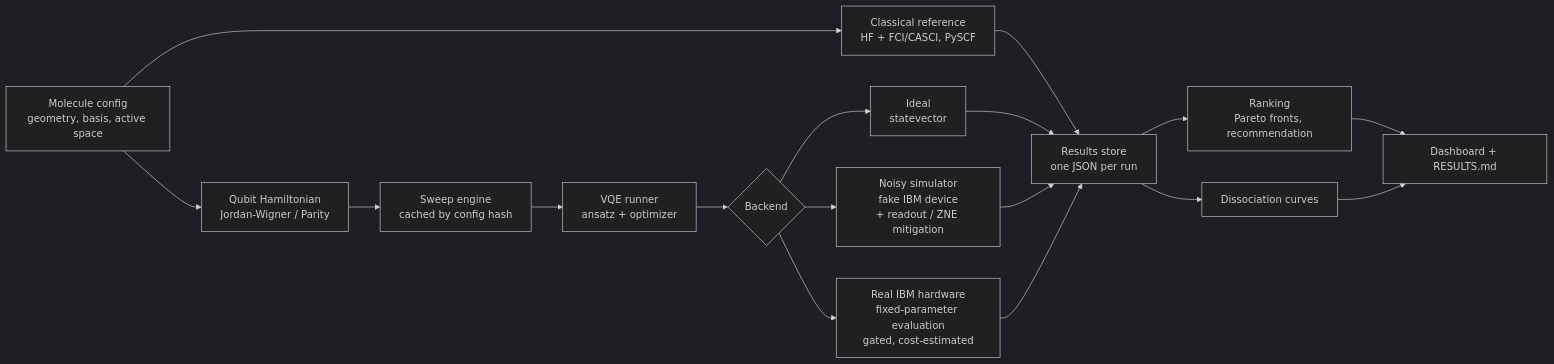
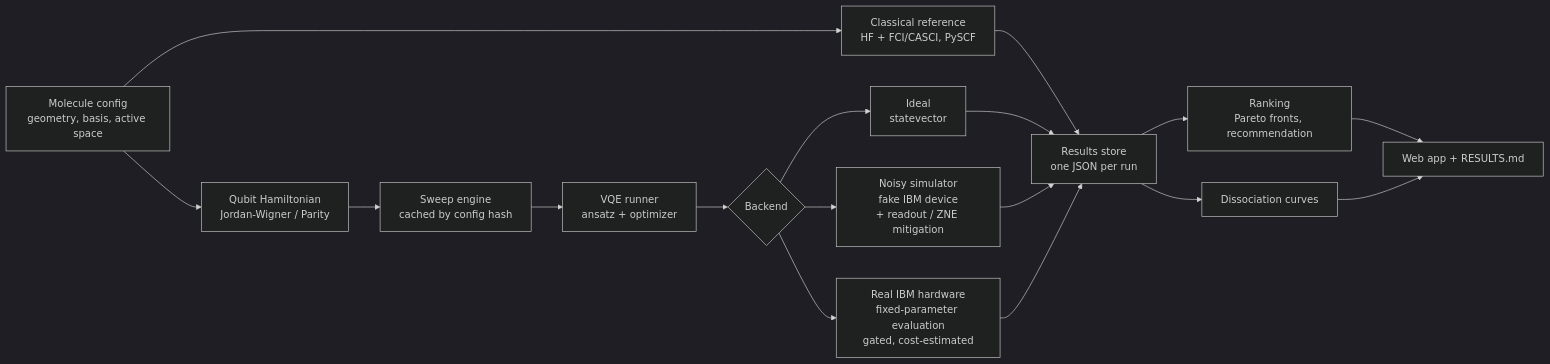
One commit to S-tevens/miraichem changed the diagram in README.md. Above: the diagram before and after it, drawn with Mermaid (dark theme). The commit also changed other lines of this file and 6 other files, not shown here.

First line of the commit message:
refactor: replace the Streamlit dashboard with the web app

````diff
--- a/README.md
+++ b/README.md
@@ -81,19 +81,19 @@
 ```mermaid
 flowchart LR
     M[Molecule config<br/>geometry, basis, active space] --> C[Classical reference<br/>HF + FCI/CASCI, PySCF]
     M --> H[Qubit Hamiltonian<br/>Jordan-Wigner / Parity]
     H --> S[Sweep engine<br/>cached by config hash]
     S --> V[VQE runner<br/>ansatz + optimizer]
     V --> B{Backend}
     B --> I[Ideal<br/>statevector]
     B --> N[Noisy simulator<br/>fake IBM device<br/>+ readout / ZNE mitigation]
     B --> R[Real IBM hardware<br/>fixed-parameter evaluation<br/>gated, cost-estimated]
     C --> K
     I --> K[Results store<br/>one JSON per run]
     N --> K
     R --> K
     K --> RK[Ranking<br/>Pareto fronts, recommendation]
     K --> D[Dissociation curves]
-    RK --> UI[Dashboard + RESULTS.md]
+    RK --> UI[Web app + RESULTS.md]
     D --> UI
 ```
````
